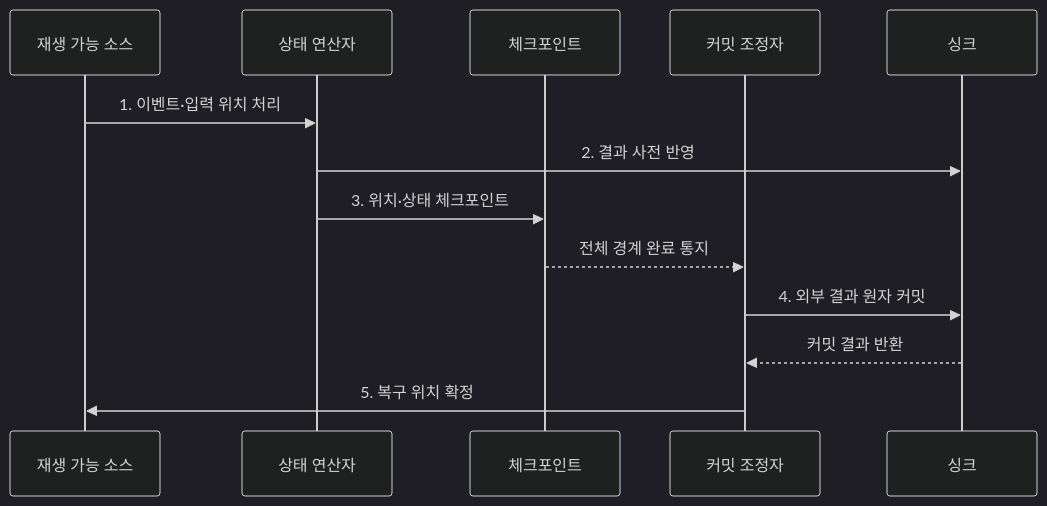
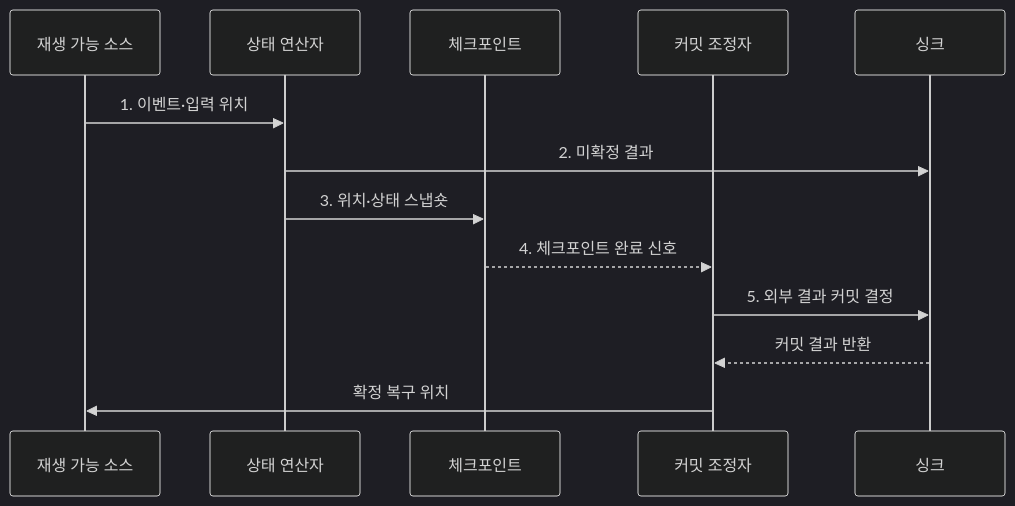
One commit to agnusdei1207/knowledge-base changed the second of 2 diagrams in src/content/docs/notes/03-software/121_exactly_once_semantics.md. Above: the diagram before and after it, drawn with Mermaid (dark theme). The commit also changed other lines of this file and 20 other files, not shown here.

````diff
--- a/src/content/docs/notes/03-software/121_exactly_once_semantics.md
+++ b/src/content/docs/notes/03-software/121_exactly_once_semantics.md
@@ -77,15 +87,15 @@
 ```mermaid
 sequenceDiagram
     participant S as 재생 가능 소스
     participant O as 상태 연산자
     participant C as 체크포인트
     participant T as 커밋 조정자
     participant K as 싱크
-    S->>O: 1. 이벤트·입력 위치 처리
-    O->>K: 2. 결과 사전 반영
-    O->>C: 3. 위치·상태 체크포인트
-    C-->>T: 전체 경계 완료 통지
-    T->>K: 4. 외부 결과 원자 커밋
+    S->>O: 1. 이벤트·입력 위치
+    O->>K: 2. 미확정 결과
+    O->>C: 3. 위치·상태 스냅숏
+    C-->>T: 4. 체크포인트 완료 신호
+    T->>K: 5. 외부 결과 커밋 결정
     K-->>T: 커밋 결과 반환
-    T->>S: 5. 복구 위치 확정
+    T->>S: 확정 복구 위치
 ```
````
